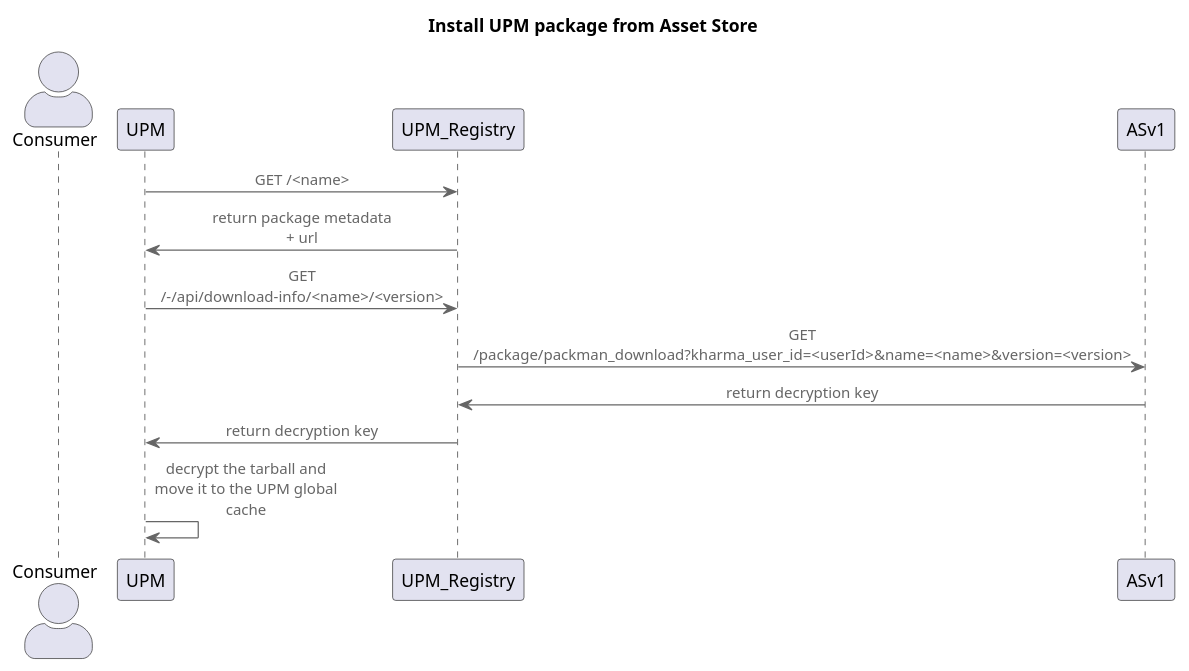
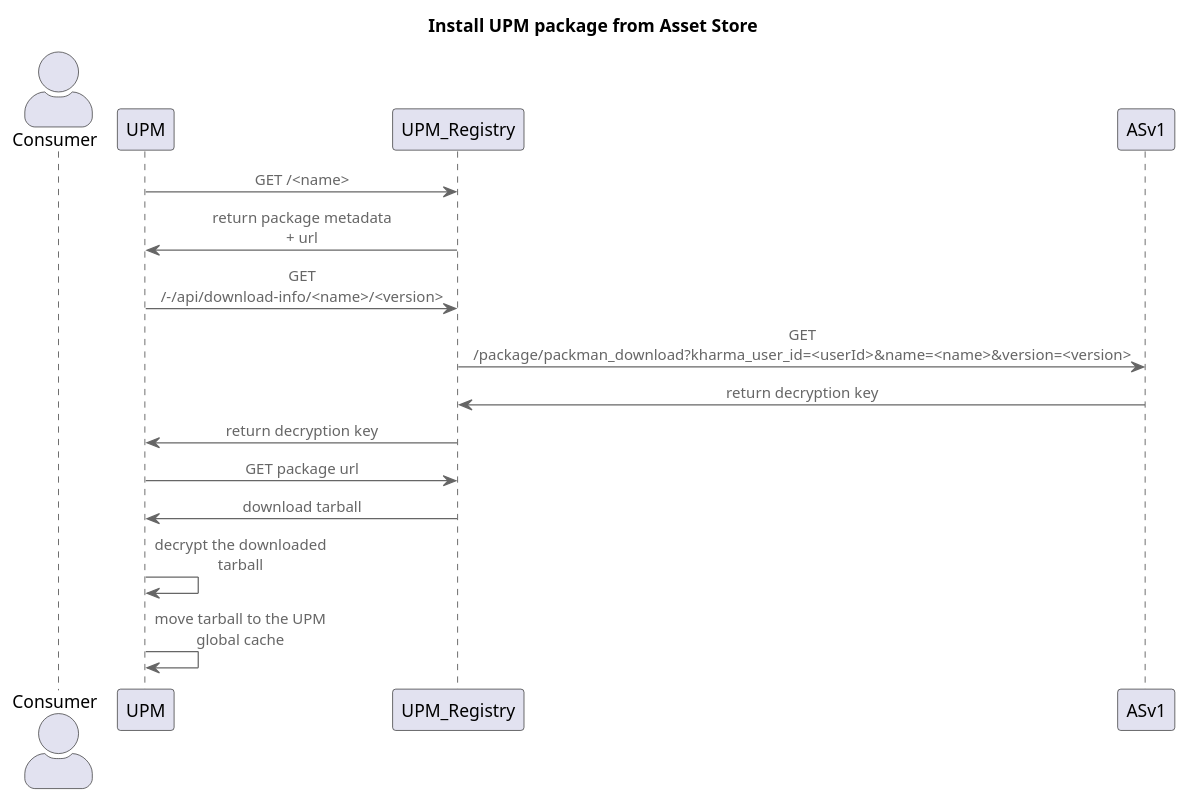
One commit to etherElric/upm-assetstore-offsite-docs changed the diagram in install_upm_asset_store.puml. Above: the diagram before and after it, drawn with PlantUML. The commit also changed 2 other files, not shown here.

Commit message:
Updated the graphics from Maxime's comments

```diff
--- a/install_upm_asset_store.puml
+++ b/install_upm_asset_store.puml
@@ -1,16 +1,20 @@
 @startuml "refund-requests-api-flow"
 !include https://raw.githubusercontent.com/plantuml-stdlib/C4-PlantUML/master/C4_Component.puml
 
 title Install UPM package from Asset Store
 actor Consumer as Consumer
 
 UPM -> UPM_Registry : GET /<name>
 UPM_Registry -> UPM : return package metadata + url
 
 UPM -> UPM_Registry : GET /-/api/download-info/<name>/<version>
 UPM_Registry -> ASv1 : GET /package/packman_download?kharma_user_id=<userId>&name=<name>&version=<version>
 ASv1 -> UPM_Registry : return decryption key
 UPM_Registry -> UPM: return decryption key
-UPM -> UPM : decrypt the tarball and move it to the UPM global cache
+
+UPM -> UPM_Registry: GET package url
+UPM_Registry -> UPM: download tarball
+UPM -> UPM : decrypt the downloaded tarball 
+UPM -> UPM : move tarball to the UPM global cache
 
 @enduml
```
